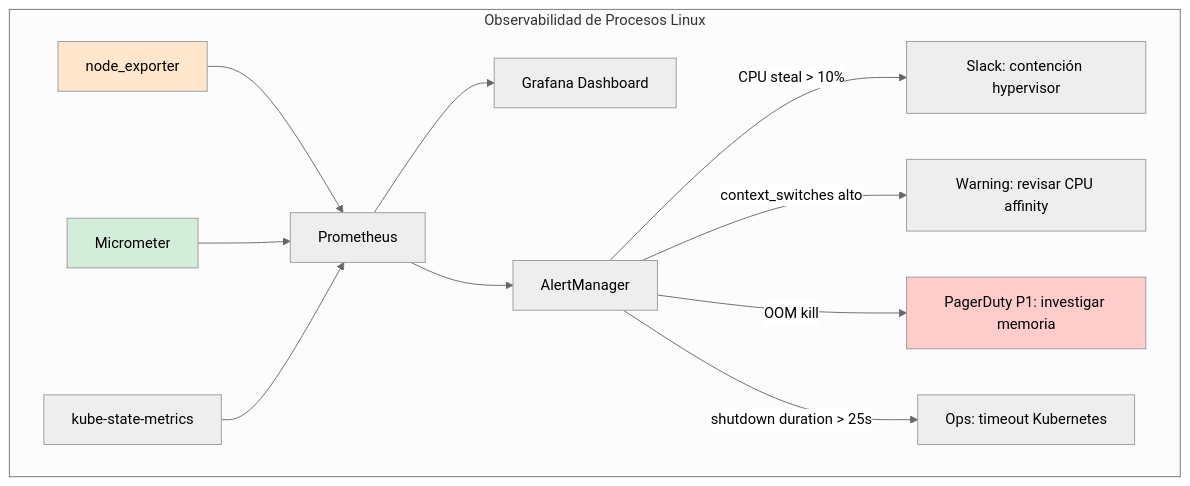
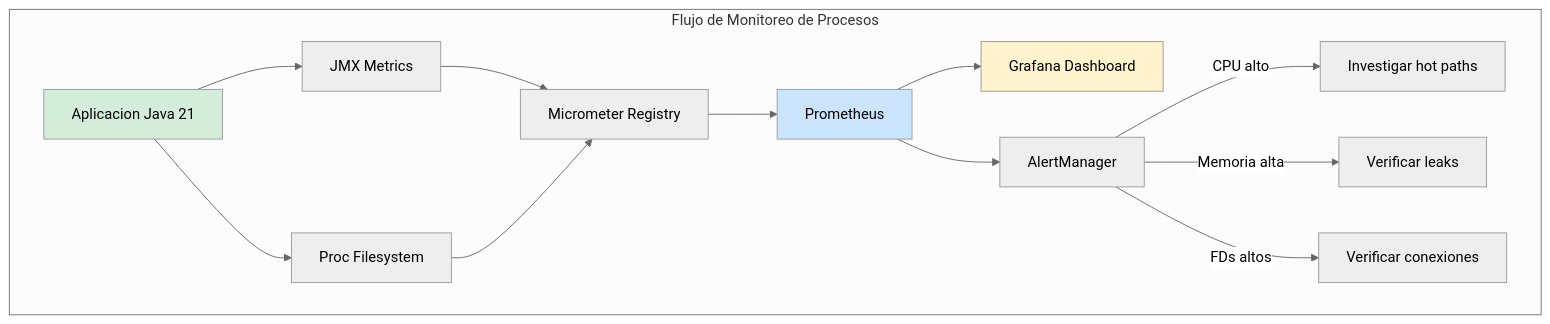
The third of 4 diagrams in 05_SRE_DevOps/linux_gestion_avanzada_de_procesos_scheduling_y_senales_en_sistemas_productivos_STAFF.md (Joaquinriosheredia/DAM-Java-Mastery), drawn with Mermaid (neutral theme) before and after one commit. The commit also changed other lines of this file, not shown here.

Commit message:
linux_gestion_avanzada_de_procesos_scheduling_y_senales_en_sistemas_productivos_STAFF.md

````diff
--- a/05_SRE_DevOps/linux_gestion_avanzada_de_procesos_scheduling_y_senales_en_sistemas_productivos_STAFF.md
+++ b/05_SRE_DevOps/linux_gestion_avanzada_de_procesos_scheduling_y_senales_en_sistemas_productivos_STAFF.md
@@ -538,19 +454,22 @@
 ```mermaid
 graph TD
-    subgraph "Observabilidad de Procesos Linux"
-        NODE[node_exporter] --> PROM[Prometheus]
-        APP[Micrometer] --> PROM
-        K8S[kube-state-metrics] --> PROM
+    subgraph "Flujo de Monitoreo de Procesos"
+        APP[Aplicacion Java 21] --> JMX[JMX Metrics]
+        APP --> PROC[Proc Filesystem]
+        
+        JMX --> MIC[Micrometer Registry]
+        PROC --> MIC
+        
+        MIC --> PROM[Prometheus]
         PROM --> GRAF[Grafana Dashboard]
-        PROM --> AM[AlertManager]
+        PROM --> ALERT[AlertManager]
         
-        AM -->|CPU steal > 10%| SLACK[Slack: contención hypervisor]
-        AM -->|context_switches alto| WARN[Warning: revisar CPU affinity]
-        AM -->|OOM kill| P1[PagerDuty P1: investigar memoria]
-        AM -->|shutdown duration > 25s| OPS[Ops: timeout Kubernetes]
+        ALERT -->|CPU alto| ACTION1[Investigar hot paths]
+        ALERT -->|Memoria alta| ACTION2[Verificar leaks]
+        ALERT -->|FDs altos| ACTION3[Verificar conexiones]
     end
     
-    style NODE fill:#ffe6cc
     style APP fill:#d4edda
-    style P1 fill:#ffcccc
+    style PROM fill:#cce5ff
+    style GRAF fill:#fff3cd
 ```
````
